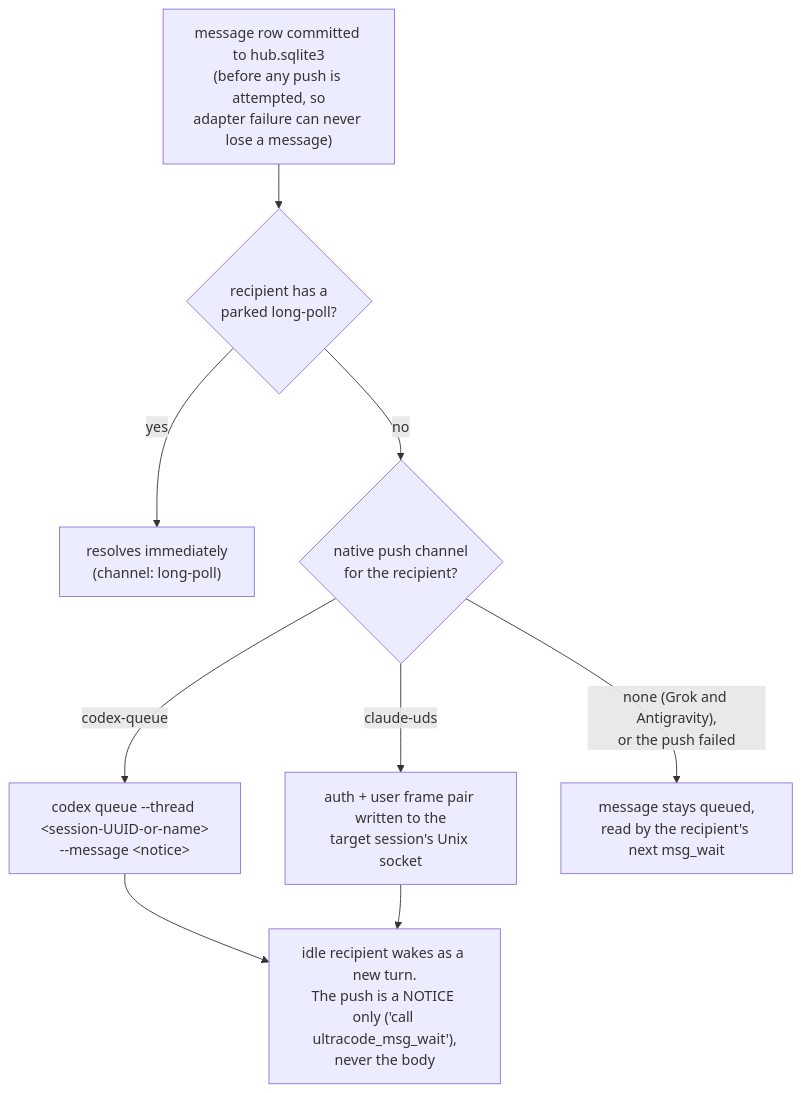
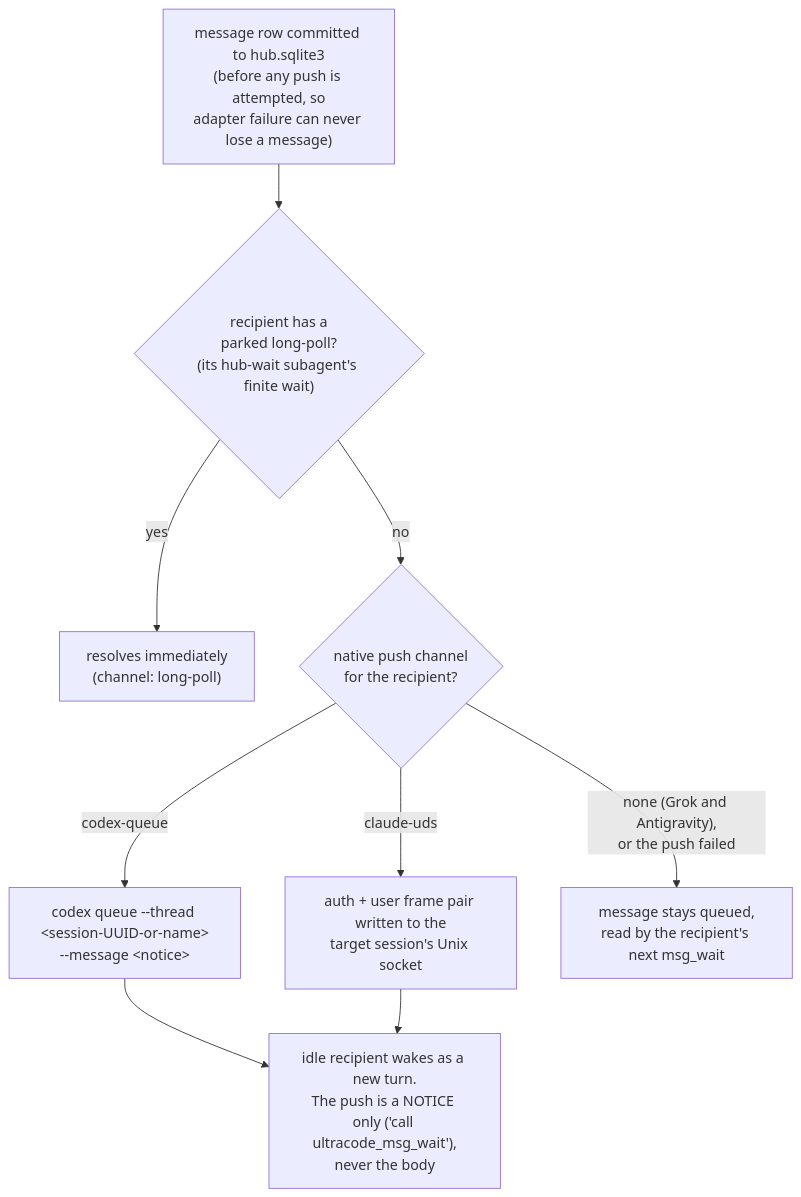
One commit to diepquynh/ultracode changed the second of 4 diagrams in docs/hub.md. Above: the diagram before and after it, drawn with Mermaid. The commit also changed other lines of this file and 21 other files, not shown here.

Commit message:
Poll tasks in subagent not the primary session

````diff
--- a/docs/hub.md
+++ b/docs/hub.md
@@ -88,11 +89,11 @@
 ```mermaid
 flowchart TD
-    COMMIT["message row committed to hub.sqlite3<br/>(before any push is attempted, so<br/>adapter failure can never lose a message)"] --> PARKED{"recipient has a<br/>parked long-poll?"}
+    COMMIT["message row committed to hub.sqlite3<br/>(before any push is attempted, so<br/>adapter failure can never lose a message)"] --> PARKED{"recipient has a<br/>parked long-poll?<br/>(its hub-wait subagent's finite wait)"}
     PARKED -- yes --> LP["resolves immediately<br/>(channel: long-poll)"]
     PARKED -- no --> NATIVE{"native push channel<br/>for the recipient?"}
     NATIVE -- codex-queue --> CQ["codex queue --thread &lt;session-UUID-or-name&gt;<br/>--message &lt;notice&gt;"]
     NATIVE -- claude-uds --> CU["auth + user frame pair written to the<br/>target session's Unix socket"]
     CQ --> WOKE
     CU --> WOKE["idle recipient wakes as a new turn.<br/>The push is a NOTICE only ('call ultracode_msg_wait'),<br/>never the body"]
     NATIVE -- "none (Grok and Antigravity),<br/>or the push failed" --> QUEUED["message stays queued,<br/>read by the recipient's next msg_wait"]
 ```
````
